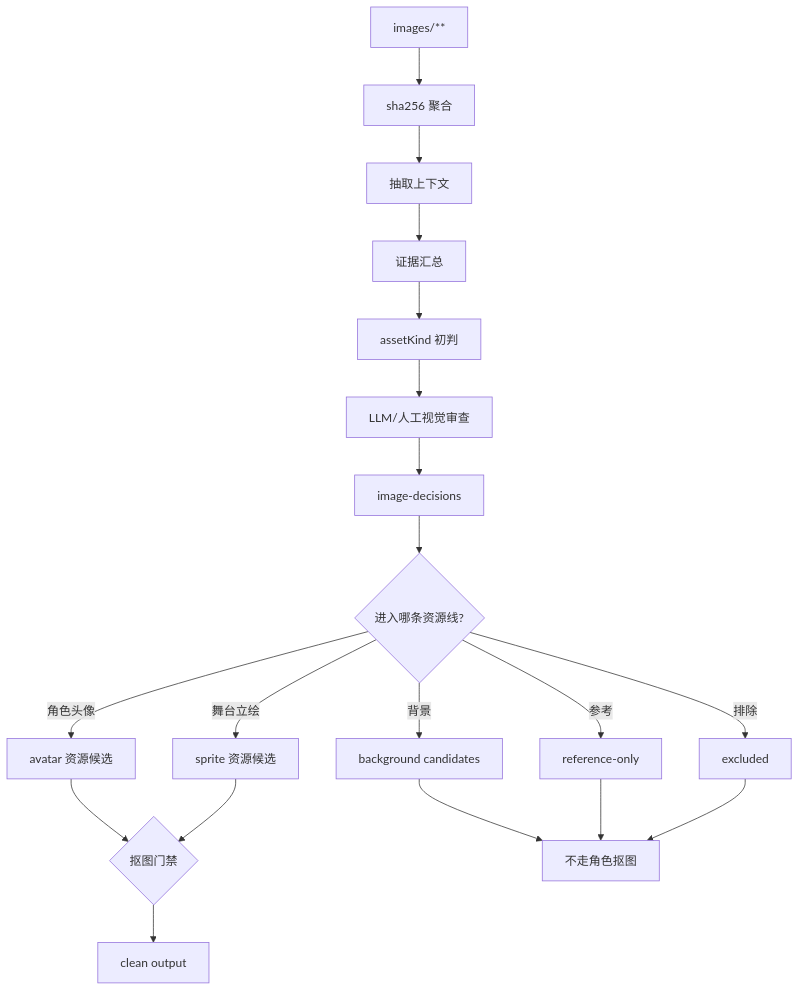
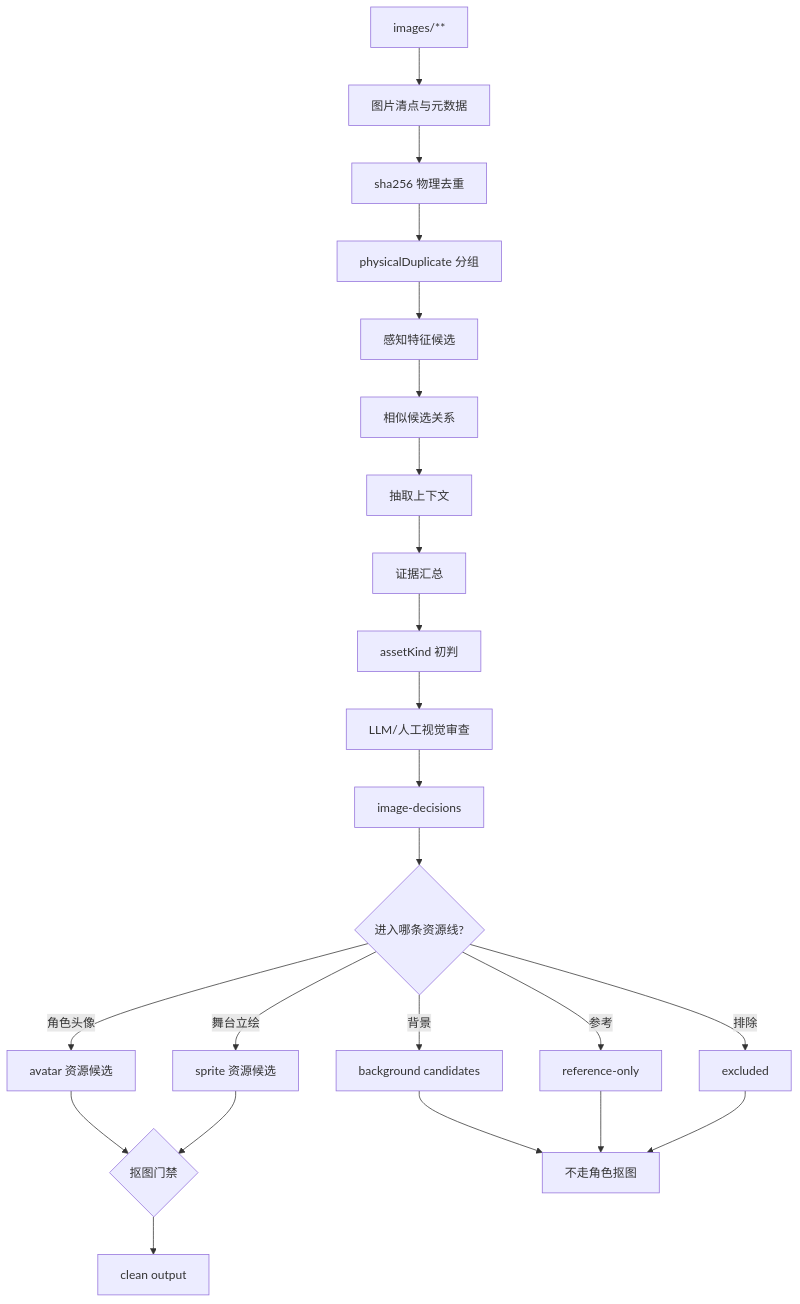
Before and after one commit to starrybamboo/tuan-chat-web: the fourth of 10 diagrams in docs/reference/gululu-replay-data-cleaning-review.md, drawn with Mermaid. The commit also changed other lines of this file, not shown here.

````diff
--- a/docs/reference/gululu-replay-data-cleaning-review.md
+++ b/docs/reference/gululu-replay-data-cleaning-review.md
@@ -254,23 +281,27 @@
 ```mermaid
 flowchart TD
-  A["images/**"] --> H["sha256 聚合"]
-  H --> C["抽取上下文"]
+  A["images/**"] --> I["图片清点与元数据"]
+  I --> H["sha256 物理去重"]
+  H --> P["physicalDuplicate 分组"]
+  P --> F["感知特征候选"]
+  F --> S["相似候选关系"]
+  S --> C["抽取上下文"]
   C --> E["证据汇总"]
   E --> K["assetKind 初判"]
   K --> V["LLM/人工视觉审查"]
   V --> D["image-decisions"]
   D --> R{"进入哪条资源线?"}
 
   R -->|角色头像| Avatar["avatar 资源候选"]
   R -->|舞台立绘| Sprite["sprite 资源候选"]
   R -->|背景| Bg["background candidates"]
   R -->|参考| Ref["reference-only"]
   R -->|排除| Ex["excluded"]
 
   Avatar --> M{"抠图门禁"}
   Sprite --> M
   Bg --> NoMatte["不走角色抠图"]
   Ref --> NoMatte
   Ex --> NoMatte
   M --> Clean["clean output"]
 ```
````
